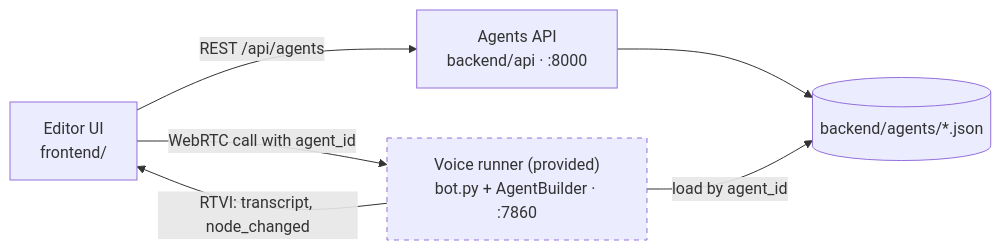
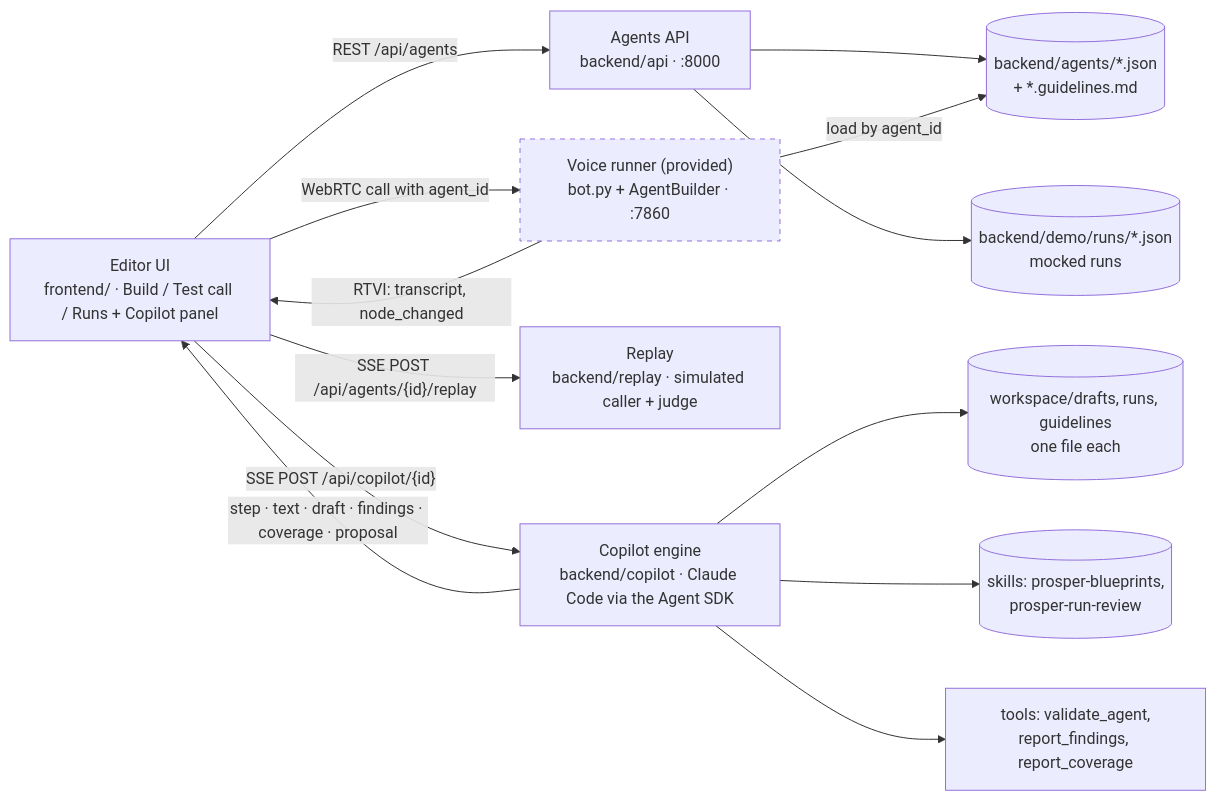
One commit to BorjaRuizdelgado/prosper-challenge-agent-copilot changed the diagram in solution.md. Above: the diagram before and after it, drawn with Mermaid. The commit also changed other lines of this file and 9 other files, not shown here.

````diff
--- a/solution.md
+++ b/solution.md
@@ -7,16 +29,29 @@
 ```mermaid
 flowchart LR
-    UI["Editor UI<br/>frontend/"]
+    UI["Editor UI<br/>frontend/ · Build / Test call / Runs + Copilot panel"]
     API["Agents API<br/>backend/api · :8000"]
-    Files[("backend/agents/*.json")]
+    Files[("backend/agents/*.json<br/>+ *.guidelines.md")]
+    Runs[("backend/demo/runs/*.json<br/>mocked runs")]
+    Copilot["Copilot engine<br/>backend/copilot · Claude Code via the Agent SDK"]
+    Draft[("workspace/drafts, runs, guidelines<br/>one file each")]
+    Skills[("skills: prosper-blueprints,<br/>prosper-run-review")]
+    Tools["tools: validate_agent,<br/>report_findings, report_coverage"]
+    Replay["Replay<br/>backend/replay · simulated caller + judge"]
     Runner["Voice runner (provided)<br/>bot.py + AgentBuilder · :7860"]
 
     UI -- "REST /api/agents" --> API
     API --> Files
+    API --> Runs
+    UI -- "SSE POST /api/copilot/{id}" --> Copilot
+    Copilot --> Draft
+    Copilot --> Skills
+    Copilot --> Tools
+    Copilot -- "step · text · draft · findings · coverage · proposal" --> UI
+    UI -- "SSE POST /api/agents/{id}/replay" --> Replay
+    UI -- "WebRTC call with agent_id" --> Runner
     Runner -- "load by agent_id" --> Files
-    UI -- "WebRTC call with agent_id" --> Runner
     Runner -- "RTVI: transcript, node_changed" --> UI
 
     classDef provided stroke-dasharray: 5 5
     class Runner provided
 ```
````
